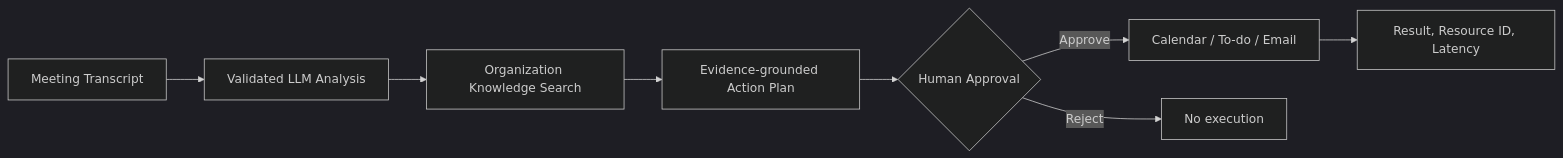
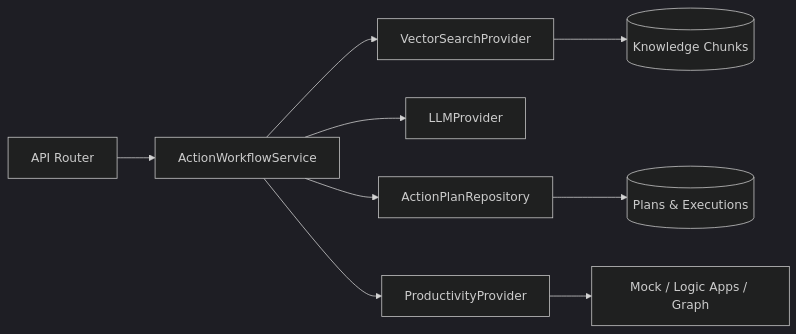
Before and after one commit to henryeffel/ai_agent: the third of 4 diagrams in README.md, drawn with Mermaid (dark theme). The commit also changed other lines of this file, not shown here.

Commit message:
rewrite README with system architecture

````diff
--- a/README.md
+++ b/README.md
@@ -11,10 +245,12 @@
 ```mermaid
 flowchart LR
-    A[Meeting Transcript] --> B[Validated LLM Analysis]
-    B --> C[Organization Knowledge Search]
-    C --> D[Evidence-grounded Action Plan]
-    D --> E{Human Approval}
-    E -->|Approve| F[Calendar / To-do / Email]
-    E -->|Reject| G[No execution]
-    F --> H[Result, Resource ID, Latency]
+    R[API Router] --> S[ActionWorkflowService]
+    S --> K[VectorSearchProvider]
+    S --> L[LLMProvider]
+    S --> A[ActionPlanRepository]
+    S --> P[ProductivityProvider]
+
+    K --> C[(Knowledge Chunks)]
+    A --> D[(Plans & Executions)]
+    P --> M[Mock / Logic Apps / Graph]
 ```
````
